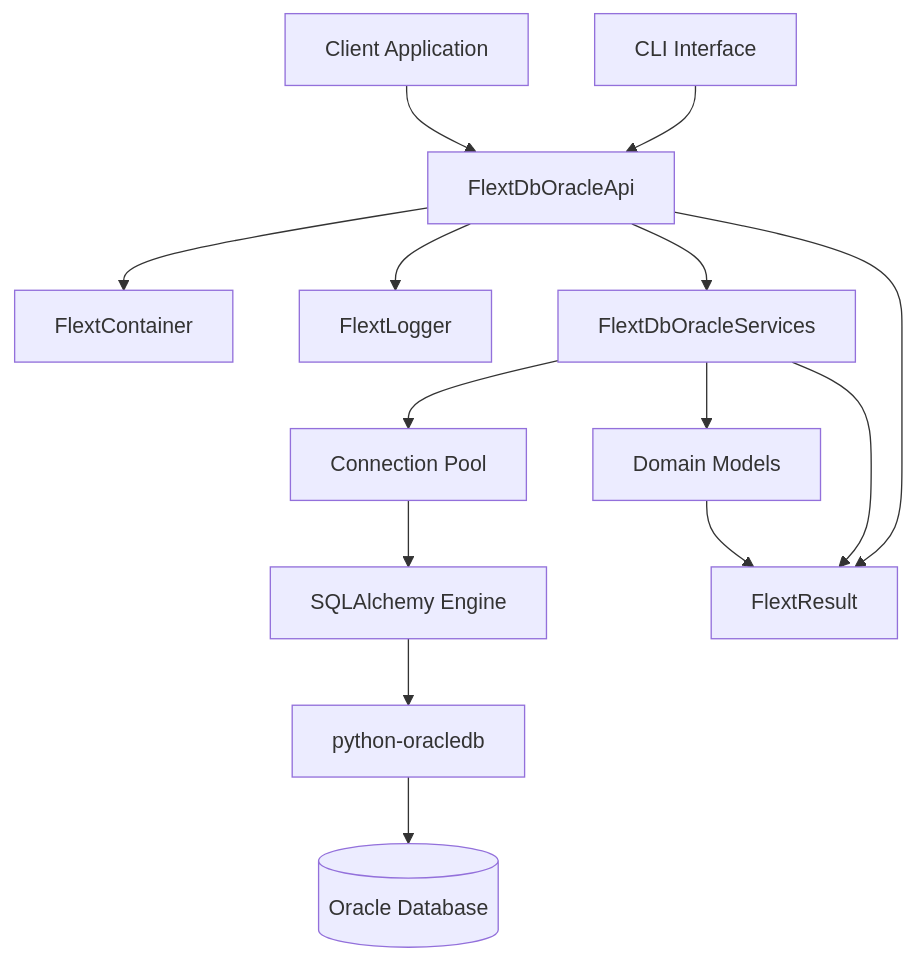
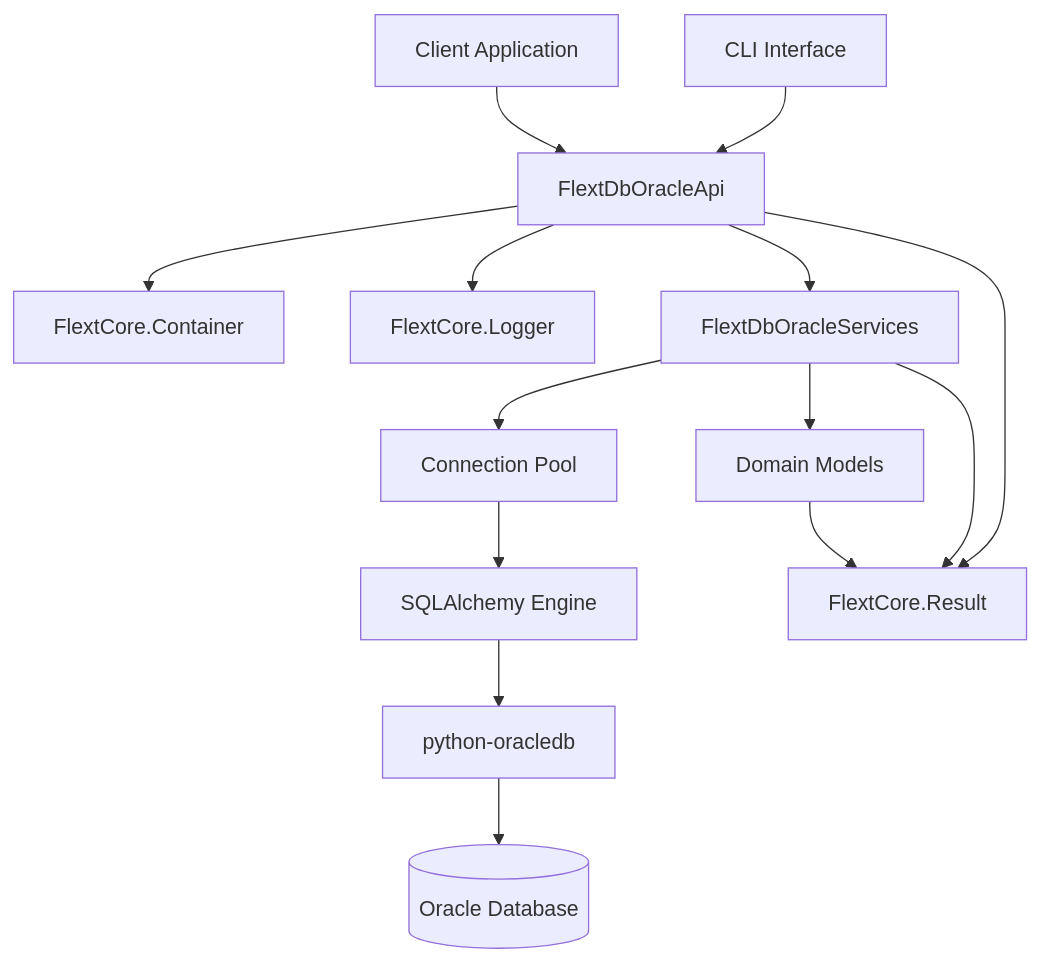
The diagram in docs/architecture.md (flext-sh/flext-db-oracle), drawn with Mermaid before and after one commit. The commit also changed other lines of this file and 56 other files, not shown here.

````diff
--- a/docs/architecture.md
+++ b/docs/architecture.md
@@ -58,20 +58,20 @@
 ```mermaid
 graph TB
     Client[Client Application] --> API[FlextDbOracleApi]
     CLI[CLI Interface] --> API
 
-    API --> Container[FlextContainer]
-    API --> Logger[FlextLogger]
+    API --> Container[FlextCore.Container]
+    API --> Logger[FlextCore.Logger]
     API --> Services[FlextDbOracleServices]
 
     Services --> Models[Domain Models]
     Services --> Connection[Connection Pool]
 
     Connection --> SQLAlchemy[SQLAlchemy Engine]
     SQLAlchemy --> Driver[python-oracledb]
     Driver --> Oracle[(Oracle Database)]
 
-    Models --> Result[FlextResult<T>]
+    Models --> Result[FlextCore.Result<T>]
     Services --> Result
     API --> Result
 ```
````
